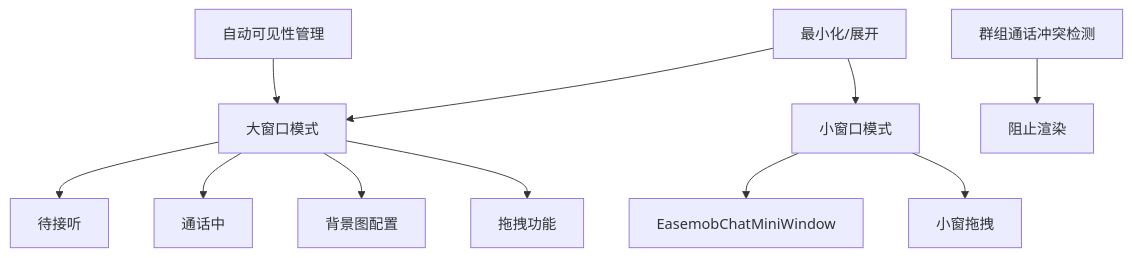
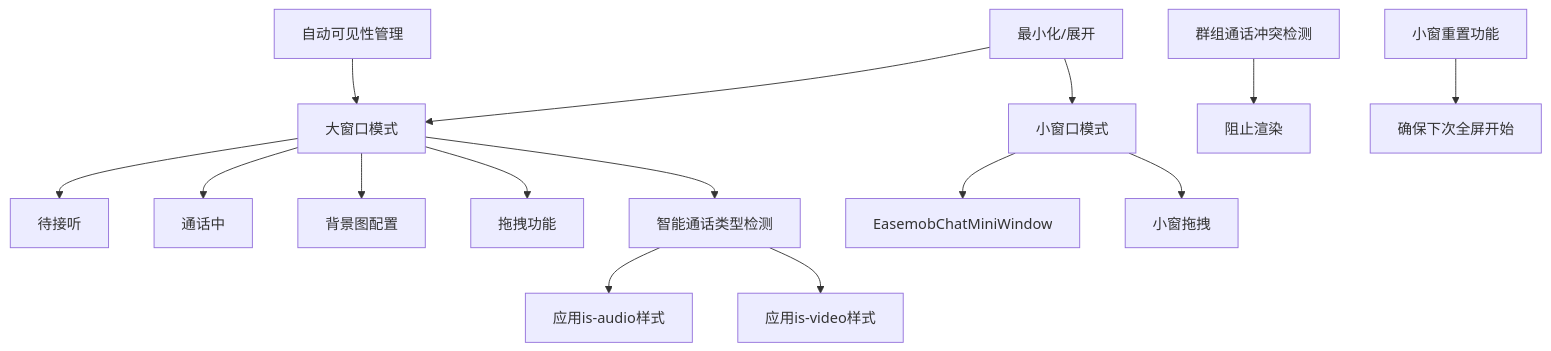
One commit to Easemob-Community/easemob-uikit-callkit-vue3 changed the fifth of 9 diagrams in .qoder/repowiki/zh/content/核心组件/单人通话组件/主组件 EasemobChatSingleCall.md. Above: the diagram before and after it, drawn with Mermaid. The commit also changed other lines of this file and 58 other files, not shown here.

````diff
--- a/.qoder/repowiki/zh/content/核心组件/单人通话组件/主组件 EasemobChatSingleCall.md
+++ b/.qoder/repowiki/zh/content/核心组件/单人通话组件/主组件 EasemobChatSingleCall.md
@@ -300,13 +363,17 @@
 ```mermaid
 graph TB
 AutoVisibility["自动可见性管理"] --> Big["大窗口模式"]
 Big --> Waiting["待接听"]
 Big --> Stream["通话中"]
 Big --> Background["背景图配置"]
 Big --> Drag["拖拽功能"]
+Big --> TypeDetection["智能通话类型检测"]
+TypeDetection --> AudioClass["应用is-audio样式"]
+TypeDetection --> VideoClass["应用is-video样式"]
 Small["小窗口模式"] --> Mini["EasemobChatMiniWindow"]
 Small --> MiniDrag["小窗拖拽"]
 Switch["最小化/展开"] --> Big
 Switch --> Small
 GroupConflict["群组通话冲突检测"] --> PreventRender["阻止渲染"]
+ResetMin["小窗重置功能"] --> EnsureFullScreen["确保下次全屏开始"]
 ```
````
